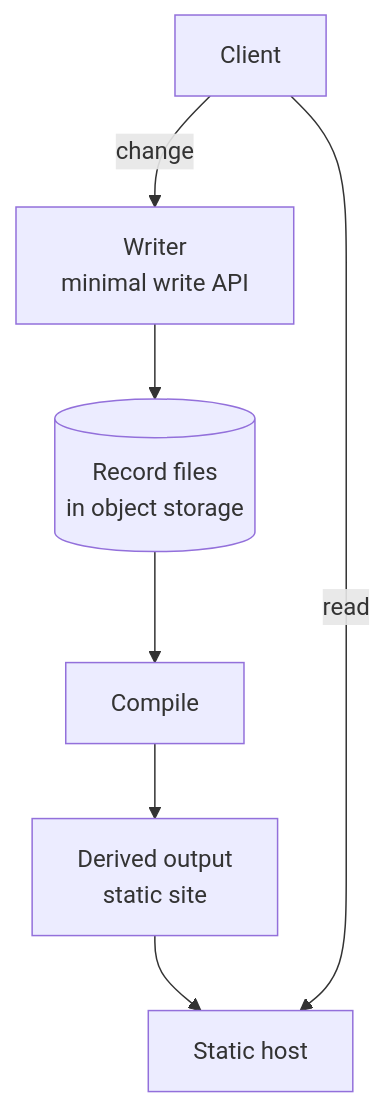
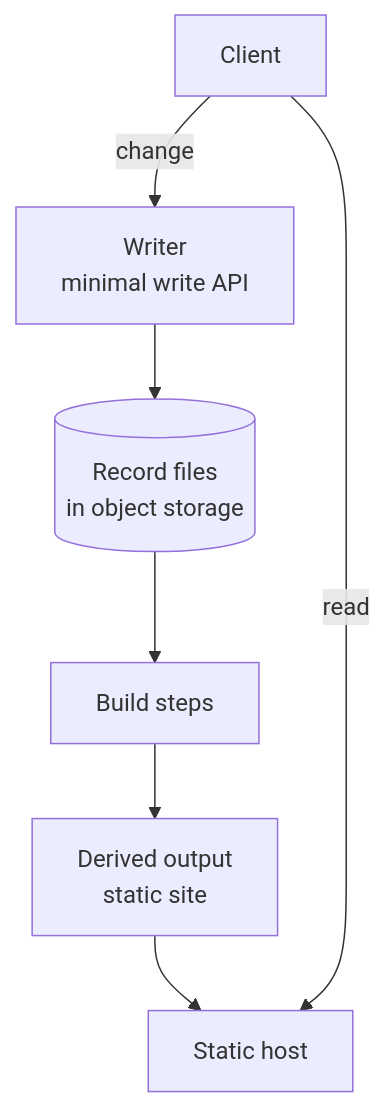
Before and after one commit to bristweb/yafidb: the diagram in docs/static-site.md, drawn with Mermaid. The commit also changed other lines of this file and 28 other files, not shown here.

````diff
--- a/docs/static-site.md
+++ b/docs/static-site.md
@@ -16,10 +16,10 @@
 ```mermaid
 flowchart TB
     C[Client]
     C -->|change| W[Writer<br/>minimal write API]
     W --> F[(Record files<br/>in object storage)]
-    F --> K[Compile]
+    F --> K[Build steps]
     K --> S[Derived output<br/>static site]
     S --> H[Static host]
     C -->|read| H
 ```
````
